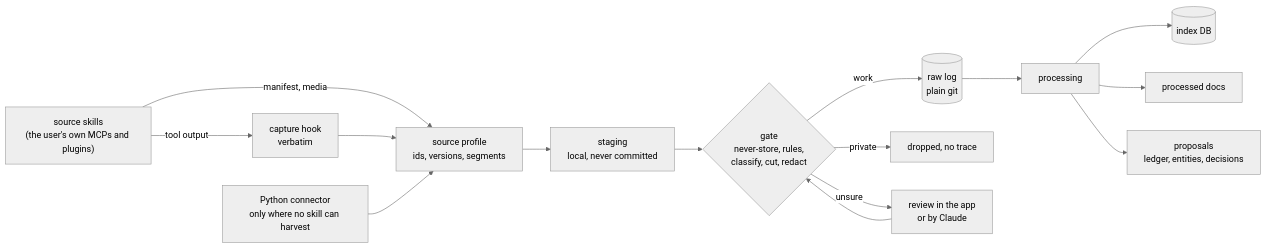
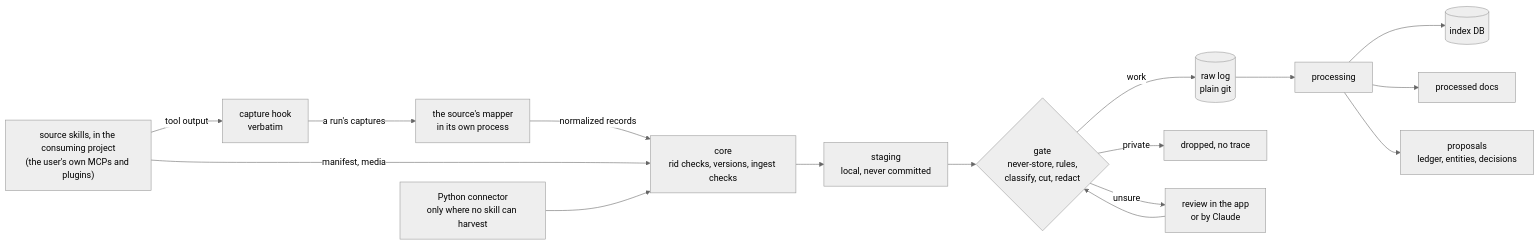
One commit to serionist/docket changed the first of 3 diagrams in docs/design.md. Above: the diagram before and after it, drawn with Mermaid (neutral theme). The commit also changed other lines of this file and 3 other files, not shown here.

First line of the commit message:
Move source skills to the project; drop sources/ from the vault layout

````diff
--- a/docs/design.md
+++ b/docs/design.md
@@ -57,17 +58,19 @@
 ```mermaid
 flowchart LR
-  SK["source skills<br/>(the user's own MCPs and plugins)"] -- "tool output" --> HK["capture hook<br/>verbatim"]
-  SK -- "manifest, media" --> PF["source profile<br/>ids, versions, segments"]
-  HK --> PF
-  PY["Python connector<br/>only where no skill can harvest"] --> PF
-  PF --> ST["staging<br/>local, never committed"]
+  SK["source skills, in the consuming project<br/>(the user's own MCPs and plugins)"]
+  SK -- "tool output" --> HK["capture hook<br/>verbatim"]
+  HK -- "a run's captures" --> MP["the source's mapper<br/>in its own process"]
+  MP -- "normalized records" --> CK["core<br/>rid checks, versions, ingest checks"]
+  SK -- "manifest, media" --> CK
+  PY["Python connector<br/>only where no skill can harvest"] --> CK
+  CK --> ST["staging<br/>local, never committed"]
   ST --> G{"gate<br/>never-store, rules,<br/>classify, cut, redact"}
   G -- "work" --> RAW[("raw log<br/>plain git")]
   G -- "private" --> X["dropped, no trace"]
   G -- "unsure" --> REV["review in the app<br/>or by Claude"]
   REV --> G
   RAW --> P["processing"]
   P --> IDX[("index DB")]
   P --> DOCS["processed docs"]
   P --> PROP["proposals<br/>ledger, entities, decisions"]
 ```
````
